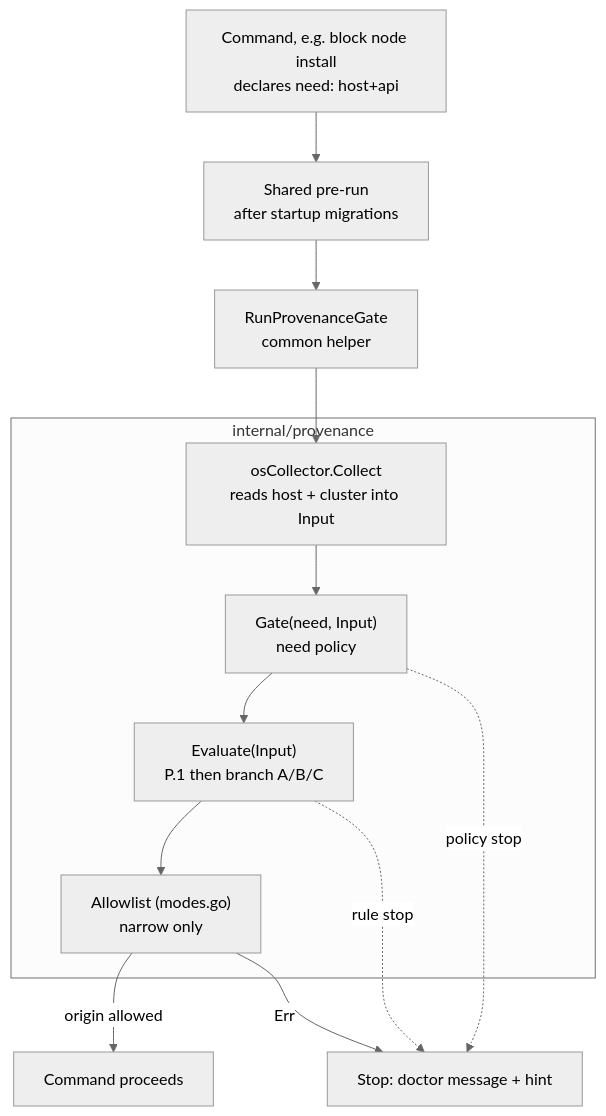
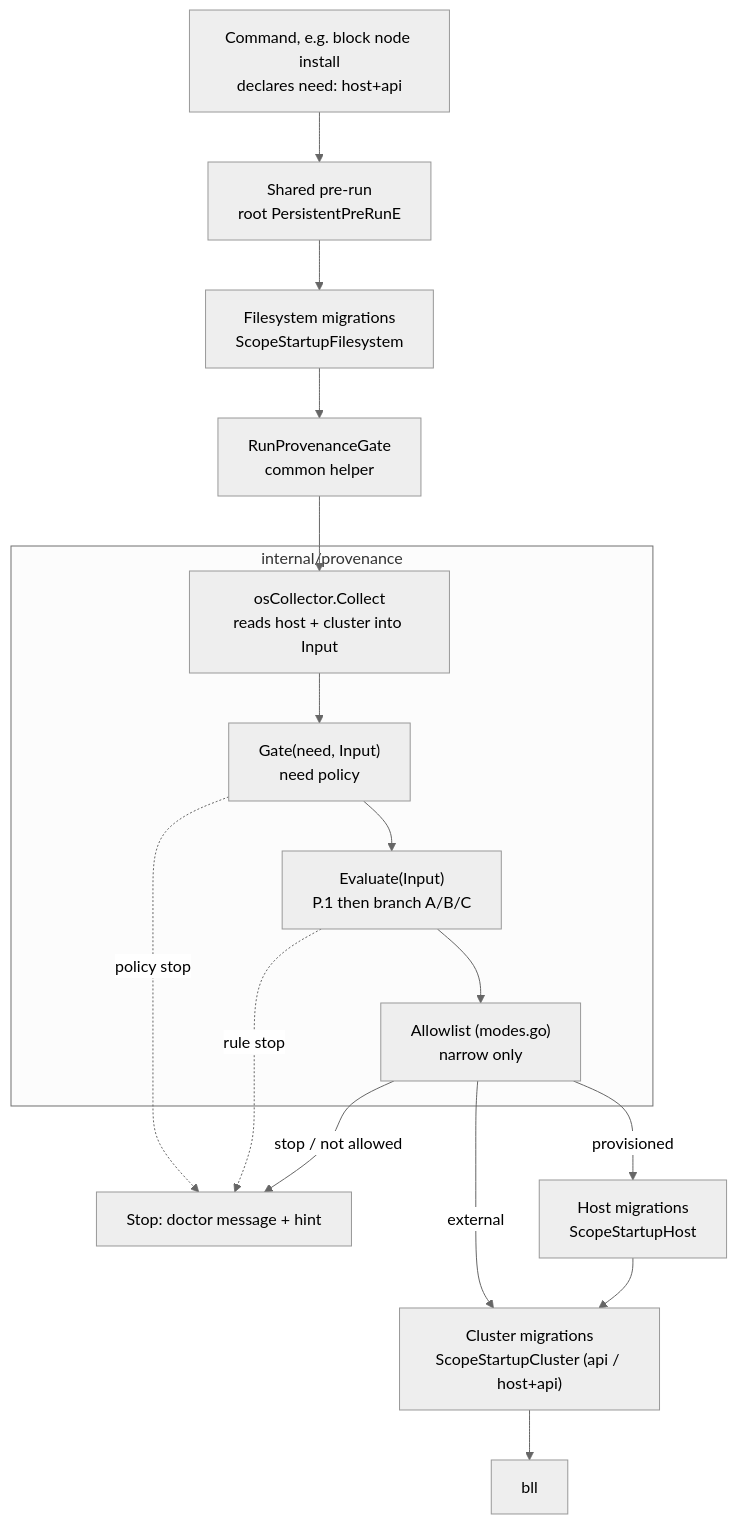
The first of 2 diagrams in docs/dev/provenance-gate.md (hashgraph/solo-weaver), drawn with Mermaid (neutral theme) before and after one commit. The commit also changed other lines of this file, not shown here.

Commit message:
docs(dev): update pipeline diagram for the migration split and BLL handoff
Reflect the three-scope startup migrations: filesystem migrations run before the
gate, host then cluster migrations run after it on a provisioned target. Show the
allowlist branching to stop / external / provisioned, and both passing paths
converging on BLL handling the intent.

````diff
--- a/docs/dev/provenance-gate.md
+++ b/docs/dev/provenance-gate.md
@@ -28,15 +32,19 @@
 ```mermaid
 flowchart TD
-    cmd["Command, e.g. block node install<br/>declares need: host+api"] --> prerun["Shared pre-run<br/>after startup migrations"]
-    prerun --> rpg["RunProvenanceGate<br/>common helper"]
+    cmd["Command, e.g. block node install<br/>declares need: host+api"] --> prerun["Shared pre-run<br/>root PersistentPreRunE"]
+    prerun --> fsmig["Filesystem migrations<br/>ScopeStartupFilesystem"]
+    fsmig --> rpg["RunProvenanceGate<br/>common helper"]
     rpg --> collect
     subgraph prov ["internal/provenance"]
-      collect["osCollector.Collect<br/>reads host + cluster into Input"] --> gate["Gate(need, Input)<br/>need policy"]
-      gate --> eval["Evaluate(Input)<br/>P.1 then branch A/B/C"]
-      eval --> allow["Allowlist (modes.go)<br/>narrow only"]
+        collect["osCollector.Collect<br/>reads host + cluster into Input"] --> gate["Gate(need, Input)<br/>need policy"]
+        gate --> eval["Evaluate(Input)<br/>P.1 then branch A/B/C"]
+        eval --> allow["Allowlist (modes.go)<br/>narrow only"]
     end
-    allow -->|origin allowed| proceed["Command proceeds"]
-    allow -->|Err| stop["Stop: doctor message + hint"]
     gate -. policy stop .-> stop
     eval -. rule stop .-> stop
+    allow -->|stop / not allowed| stop["Stop: doctor message + hint"]
+    allow -->|external| clustermig["Cluster migrations<br/>ScopeStartupCluster (api / host+api)"]
+    allow -->|provisioned| hostmig["Host migrations<br/>ScopeStartupHost"]
+    hostmig --> clustermig["Cluster migrations<br/>ScopeStartupCluster (api / host+api)"]
+    clustermig --> bll
 ```
````
